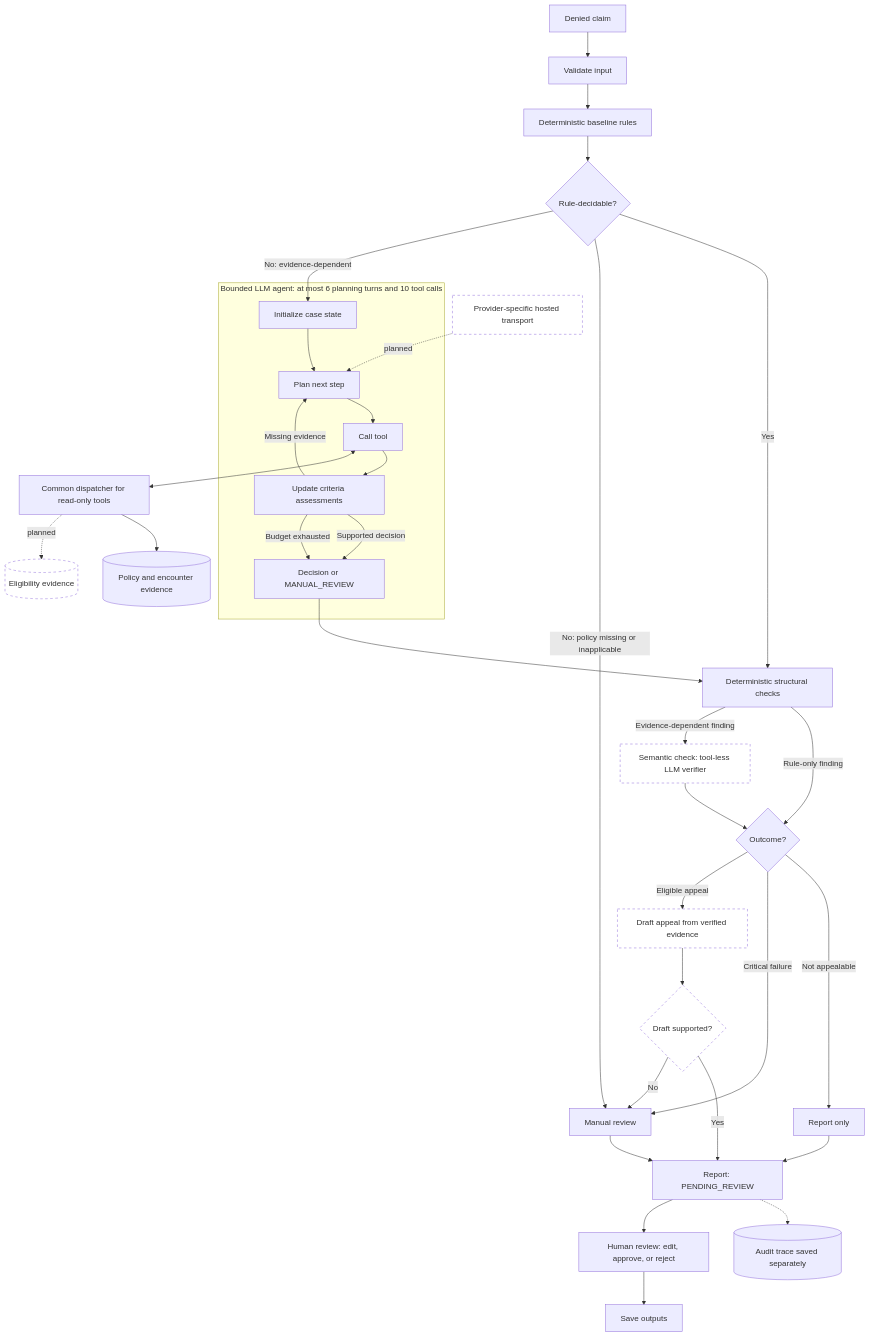
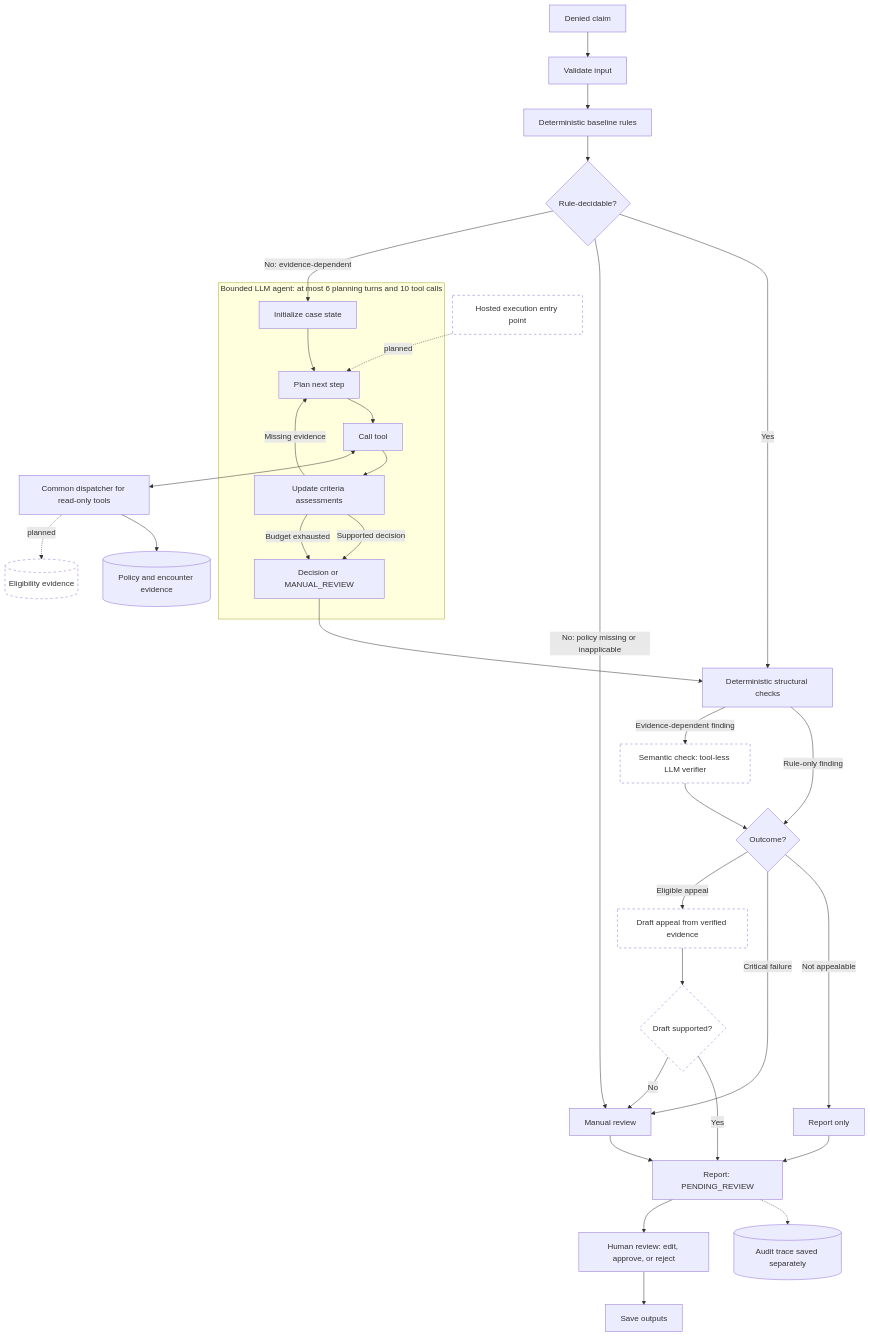
The diagram in README.md (hridaypradhan/claim-denial-triage-agent), drawn with Mermaid before and after one commit. The commit also changed other lines of this file and 5 other files, not shown here.

````diff
--- a/README.md
+++ b/README.md
@@ -24,43 +24,43 @@
 ```mermaid
 flowchart TD
     A[Denied claim] --> B[Validate input]
     B --> C[Deterministic baseline rules]
     C --> D{Rule-decidable?}
     D -- Yes --> S[Deterministic structural checks]
     D -- "No: policy missing or inapplicable" --> J[Manual review]
     D -- "No: evidence-dependent" --> E[Initialize case state]
 
     subgraph Agent["Bounded LLM agent: at most 6 planning turns and 10 tool calls"]
         E --> P[Plan next step]
         P --> T[Call tool]
         T --> U[Update criteria assessments]
         U -- Missing evidence --> P
         U -- Supported decision --> R[Decision or MANUAL_REVIEW]
         U -- Budget exhausted --> R
     end
 
     T <--> F[Common dispatcher for read-only tools]
     F --> G[(Policy and encounter evidence)]
     F -. planned .-> I[(Eligibility evidence)]
 
     R --> S
     S -- Rule-only finding --> O{Outcome?}
     S -- Evidence-dependent finding --> V[Semantic check: tool-less LLM verifier]
     V --> O
     O -- Not appealable --> K[Report only]
     O -- Critical failure --> J
     O -- Eligible appeal --> W[Draft appeal from verified evidence]
     W --> X{Draft supported?}
     X -- Yes --> L[Report: PENDING_REVIEW]
     X -- No --> J
     K --> L
     J --> L
     L -.-> Q[(Audit trace saved separately)]
     L --> H[Human review: edit, approve, or reject]
     H --> Z[Save outputs]
 
-    M[Provider-specific hosted transport] -. planned .-> P
+    M[Hosted execution entry point] -. planned .-> P
 
     classDef planned stroke-dasharray: 5 5,fill:#fff;
     class I,M,V,W,X planned;
 ```
````
